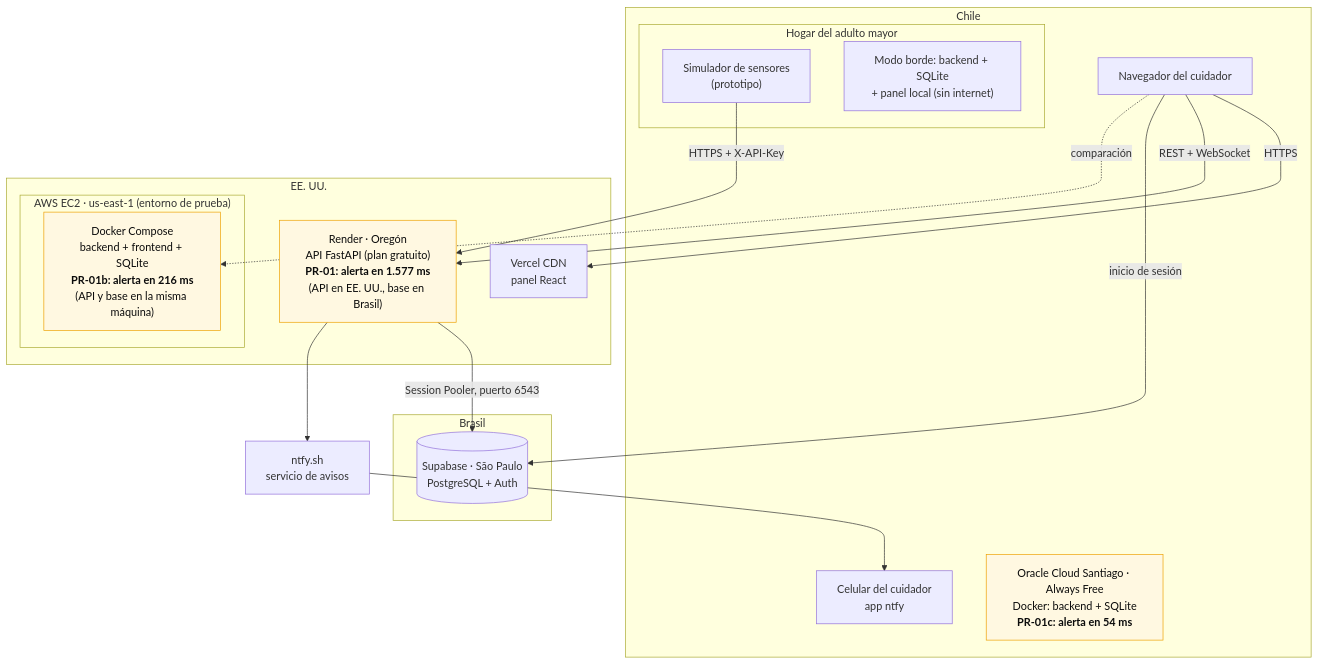
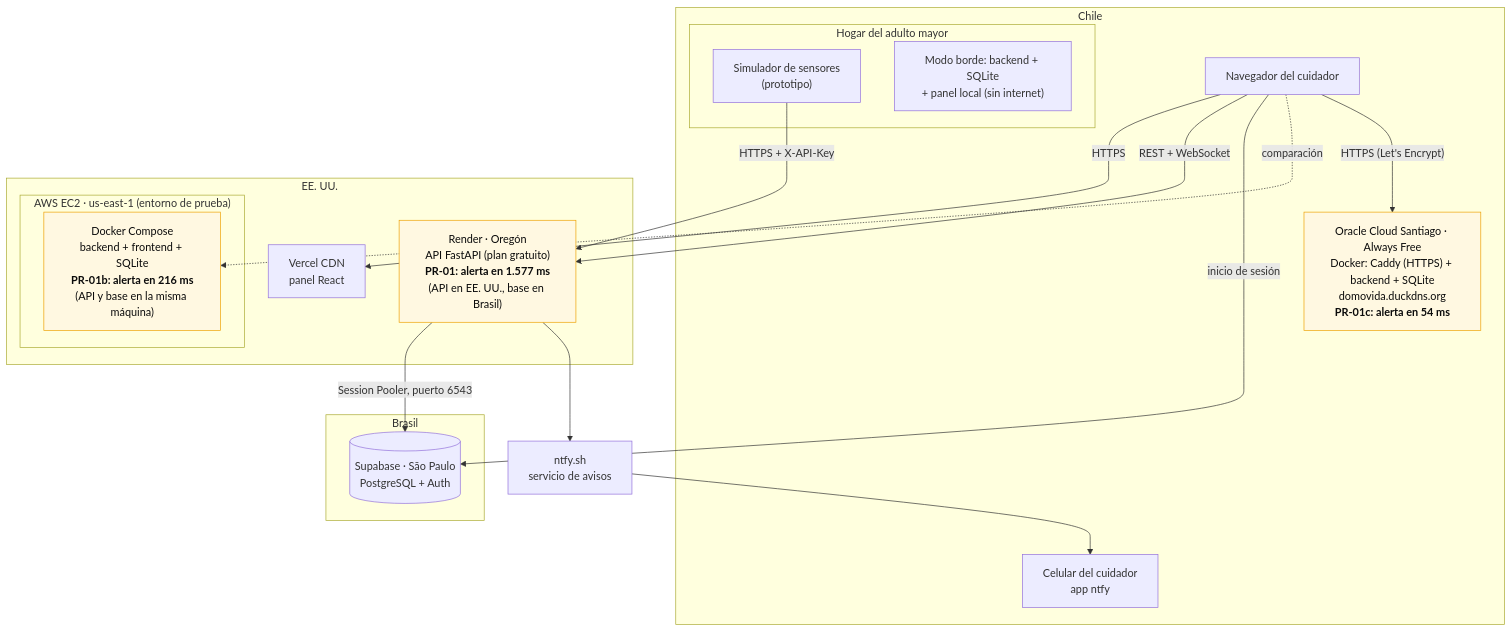
One commit to AndresVergara74/domovida-backend changed the second of 7 diagrams in docs/fase2/diagramas/README.md. Above: the diagram before and after it, drawn with Mermaid. The commit also changed 2 other files, not shown here.

Commit message:
infra(oracle): HTTPS con DuckDNS + Caddy + Let's Encrypt (ajuste 23)

````diff
--- a/docs/fase2/diagramas/README.md
+++ b/docs/fase2/diagramas/README.md
@@ -78,33 +78,34 @@
 ```mermaid
 flowchart TB
   subgraph CL["Chile"]
     NAV["Navegador del cuidador"]
     CEL["Celular del cuidador<br/>app ntfy"]
     subgraph CASA["Hogar del adulto mayor"]
       SIM["Simulador de sensores<br/>(prototipo)"]
       BORDE["Modo borde: backend + SQLite<br/>+ panel local (sin internet)"]
     end
-    ORA["Oracle Cloud Santiago · Always Free<br/>Docker: backend + SQLite<br/><b>PR-01c: alerta en 54 ms</b>"]:::medido
+    ORA["Oracle Cloud Santiago · Always Free<br/>Docker: Caddy (HTTPS) + backend + SQLite<br/>domovida.duckdns.org<br/><b>PR-01c: alerta en 54 ms</b>"]:::medido
   end
   subgraph US["EE. UU."]
     VER["Vercel CDN<br/>panel React"]
     REN["Render · Oregón<br/>API FastAPI (plan gratuito)<br/><b>PR-01: alerta en 1.577 ms</b><br/>(API en EE. UU., base en Brasil)"]:::medido
     subgraph AWS["AWS EC2 · us-east-1 (entorno de prueba)"]
       DC["Docker Compose<br/>backend + frontend + SQLite<br/><b>PR-01b: alerta en 216 ms</b><br/>(API y base en la misma máquina)"]:::medido
     end
   end
   subgraph BR["Brasil"]
     SUP[("Supabase · São Paulo<br/>PostgreSQL + Auth")]
   end
   NTFY["ntfy.sh<br/>servicio de avisos"]
 
   NAV -- "HTTPS" --> VER
   NAV -- "REST + WebSocket" --> REN
   SIM -- "HTTPS + X-API-Key" --> REN
   REN -- "Session Pooler, puerto 6543" --> SUP
   NAV -- "inicio de sesión" --> SUP
   REN --> NTFY --> CEL
   NAV -. "comparación" .-> DC
+  NAV -- "HTTPS (Let's Encrypt)" --> ORA
   classDef futuro stroke-dasharray: 5 5,fill:#f2f2f2,color:#52514e
   classDef medido fill:#fff8e1,stroke:#eda100,color:#0b0b0b
 ```
````
